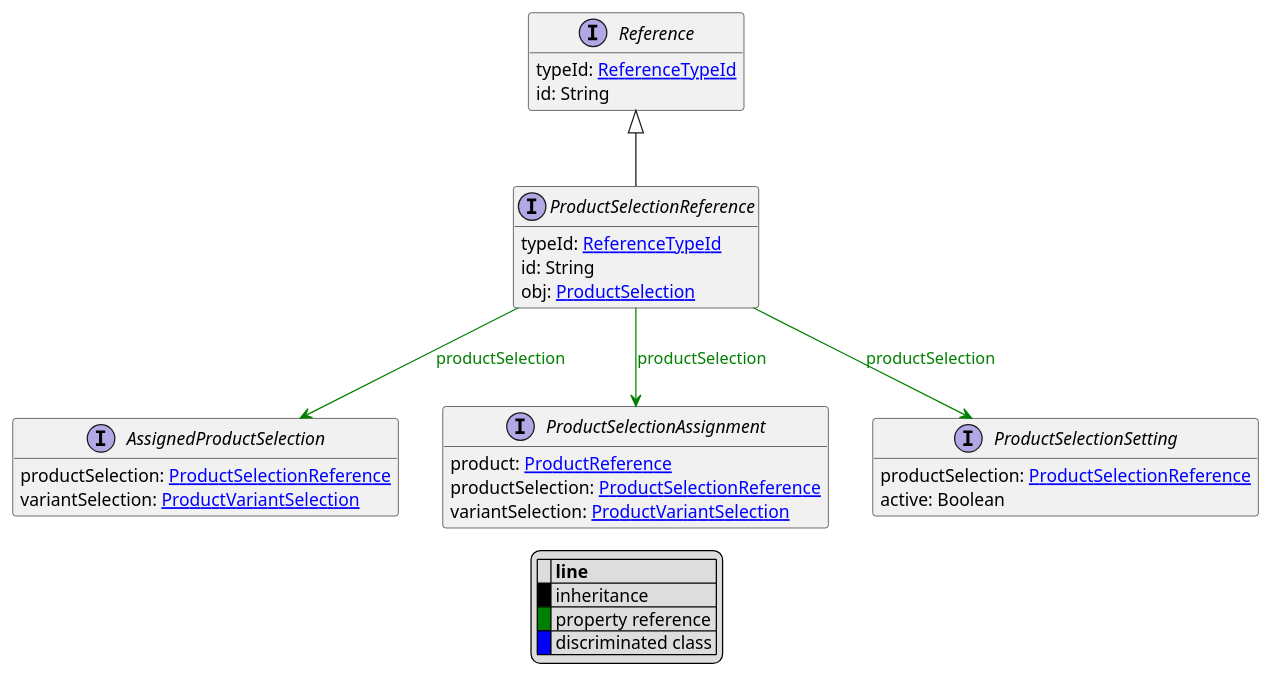
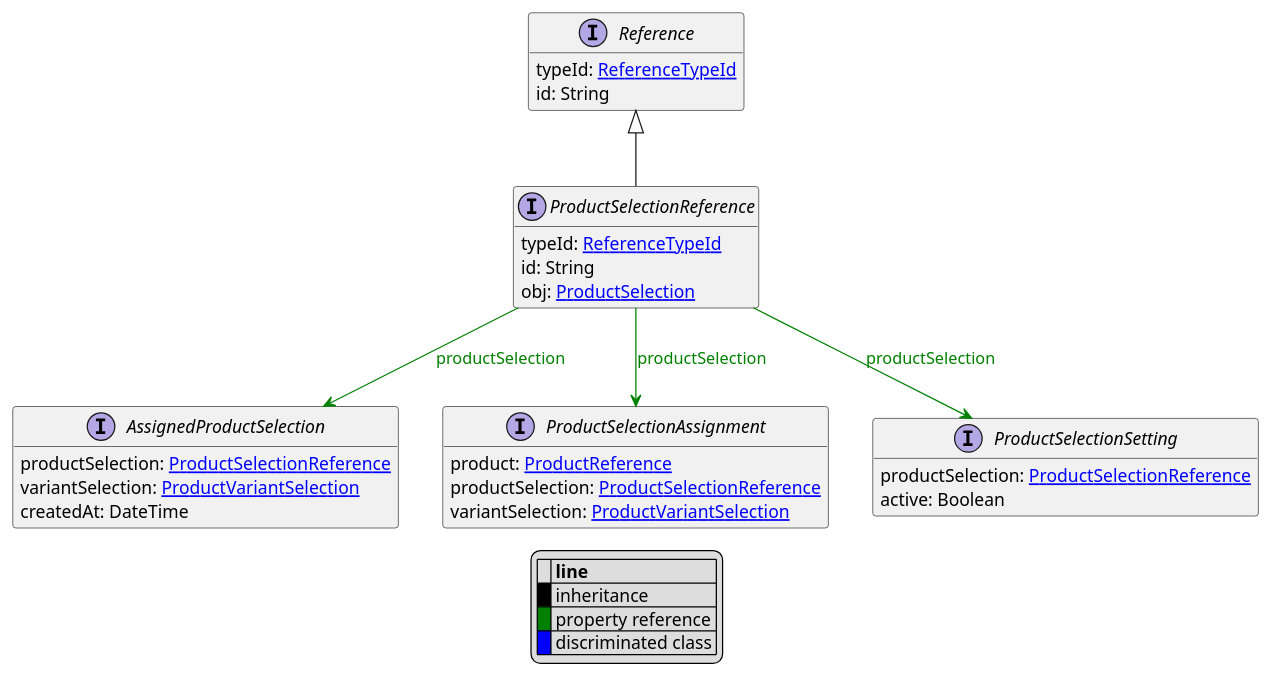
Before and after one commit to commercetools/commercetools-api-reference: the diagram in uml/api/ProductSelectionReference.puml, drawn with PlantUML. The commit also changed 6 other files, not shown here.

```diff
--- a/uml/api/ProductSelectionReference.puml
+++ b/uml/api/ProductSelectionReference.puml
@@ -1,39 +1,40 @@
 @startuml
 
 hide empty fields
 hide empty methods
 legend
 |= |= line |
 |<back:black>   </back>| inheritance |
 |<back:green>   </back>| property reference |
 |<back:blue>   </back>| discriminated class |
 endlegend
 interface ProductSelectionReference [[ProductSelectionReference.svg]] extends Reference {
     typeId: [[ReferenceTypeId.svg ReferenceTypeId]]
     id: String
     obj: [[ProductSelection.svg ProductSelection]]
 }
 interface Reference [[Reference.svg]]  {
     typeId: [[ReferenceTypeId.svg ReferenceTypeId]]
     id: String
 }
 
 
 interface AssignedProductSelection [[AssignedProductSelection.svg]]  {
     productSelection: [[ProductSelectionReference.svg ProductSelectionReference]]
     variantSelection: [[ProductVariantSelection.svg ProductVariantSelection]]
+    createdAt: DateTime
 }
 interface ProductSelectionAssignment [[ProductSelectionAssignment.svg]]  {
     product: [[ProductReference.svg ProductReference]]
     productSelection: [[ProductSelectionReference.svg ProductSelectionReference]]
     variantSelection: [[ProductVariantSelection.svg ProductVariantSelection]]
 }
 interface ProductSelectionSetting [[ProductSelectionSetting.svg]]  {
     productSelection: [[ProductSelectionReference.svg ProductSelectionReference]]
     active: Boolean
 }
 
 ProductSelectionReference --> AssignedProductSelection #green;text:green : "productSelection"
 ProductSelectionReference --> ProductSelectionAssignment #green;text:green : "productSelection"
 ProductSelectionReference --> ProductSelectionSetting #green;text:green : "productSelection"
 @enduml
```
